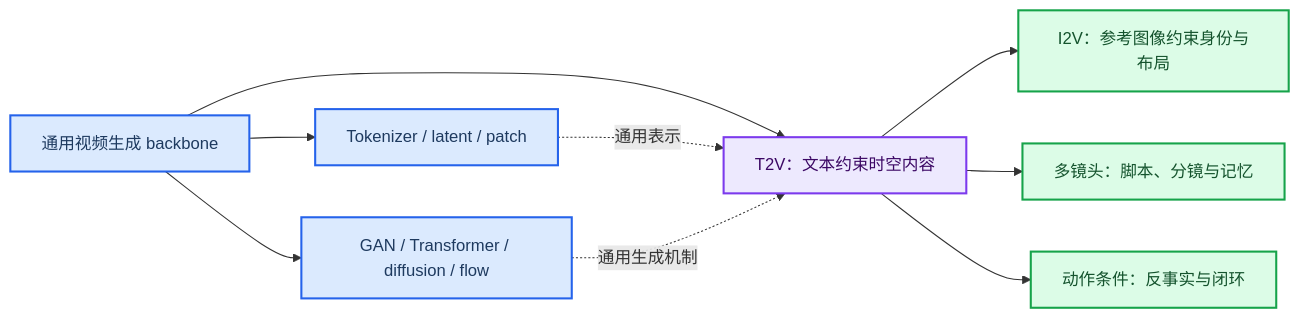
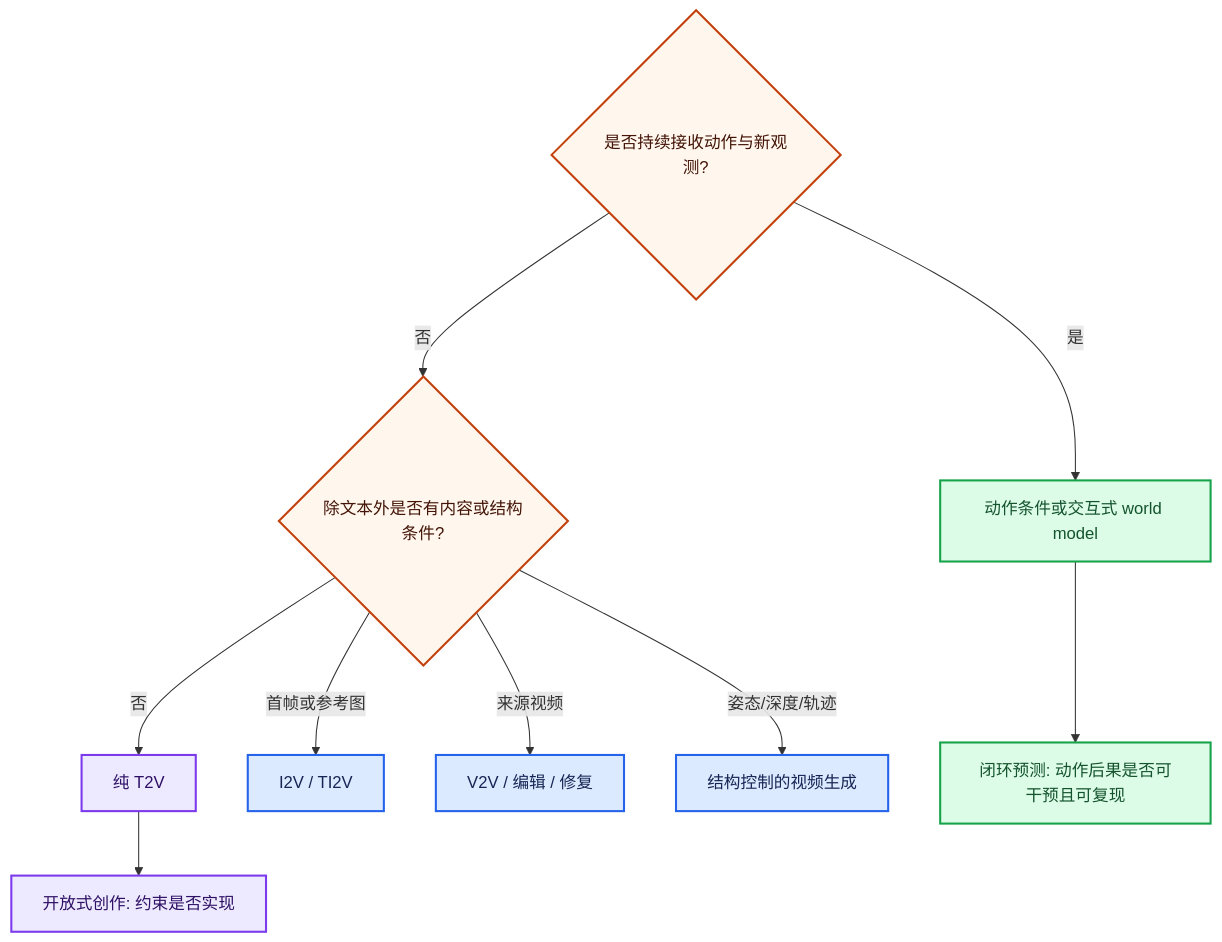
The first of 3 diagrams in docs/tasks/text-to-video.md (GVCLab/Video-Generation-101), drawn with Mermaid before and after one commit. The commit also changed other lines of this file and 24 other files, not shown here.

Commit message:
docs: deepen generation tasks and open-model audit

```diff
--- a/docs/tasks/text-to-video.md
+++ b/docs/tasks/text-to-video.md
@@ -28,22 +27,24 @@
 ~~~mermaid
-flowchart LR
-    accTitle: Text-to-video position
-    accDescr: Text-to-video adds language conditions to the general video generation stack and connects to image conditioning, long-form storytelling, and action-conditioned world models.
+flowchart TD
+    accTitle: T2V task boundary by condition and feedback
+    accDescr: A decision tree separates pure text-to-video from reference-conditioned generation, video editing, and closed-loop world models.
 
-    base[通用视频生成 backbone] --> t2v[T2V：文本约束时空内容]
-    t2v --> i2v[I2V：参考图像约束身份与布局]
-    t2v --> story[多镜头：脚本、分镜与记忆]
-    t2v --> action[动作条件：反事实与闭环]
-    base --> token[Tokenizer / latent / patch]
-    base --> generator[GAN / Transformer / diffusion / flow]
-    token -. "通用表示" .-> t2v
-    generator -. "通用生成机制" .-> t2v
+    q0{是否持续接收动作与新观测?}
+    q0 -- 是 --> wm[动作条件或交互式 world model]
+    q0 -- 否 --> q1{除文本外是否有内容或结构条件?}
+    q1 -- 否 --> t2v[纯 T2V]
+    q1 -- 首帧或参考图 --> i2v[I2V / TI2V]
+    q1 -- 来源视频 --> v2v[V2V / 编辑 / 修复]
+    q1 -- 姿态/深度/轨迹 --> ctrl[结构控制的视频生成]
+    t2v --> open[开放式创作: 约束是否实现]
+    wm --> intervene[闭环预测: 动作后果是否可干预且可复现]
 
-    classDef base_style fill:#dbeafe,stroke:#2563eb,stroke-width:2px,color:#1e3a5f
-    classDef task_style fill:#ede9fe,stroke:#7c3aed,stroke-width:2px,color:#3b0764
-    classDef extension_style fill:#dcfce7,stroke:#16a34a,stroke-width:2px,color:#14532d
-
-    class base,token,generator base_style
-    class t2v task_style
-    class i2v,story,action extension_style
+    classDef decision fill:#fff7ed,stroke:#c2410c,color:#431407,stroke-width:2px
+    classDef pure fill:#ede9fe,stroke:#7c3aed,color:#2e1065,stroke-width:2px
+    classDef hybrid fill:#dbeafe,stroke:#2563eb,color:#172554,stroke-width:2px
+    classDef closed fill:#dcfce7,stroke:#16a34a,color:#14532d,stroke-width:2px
+    class q0,q1 decision
+    class t2v,open pure
+    class i2v,v2v,ctrl hybrid
+    class wm,intervene closed
 ~~~
```
